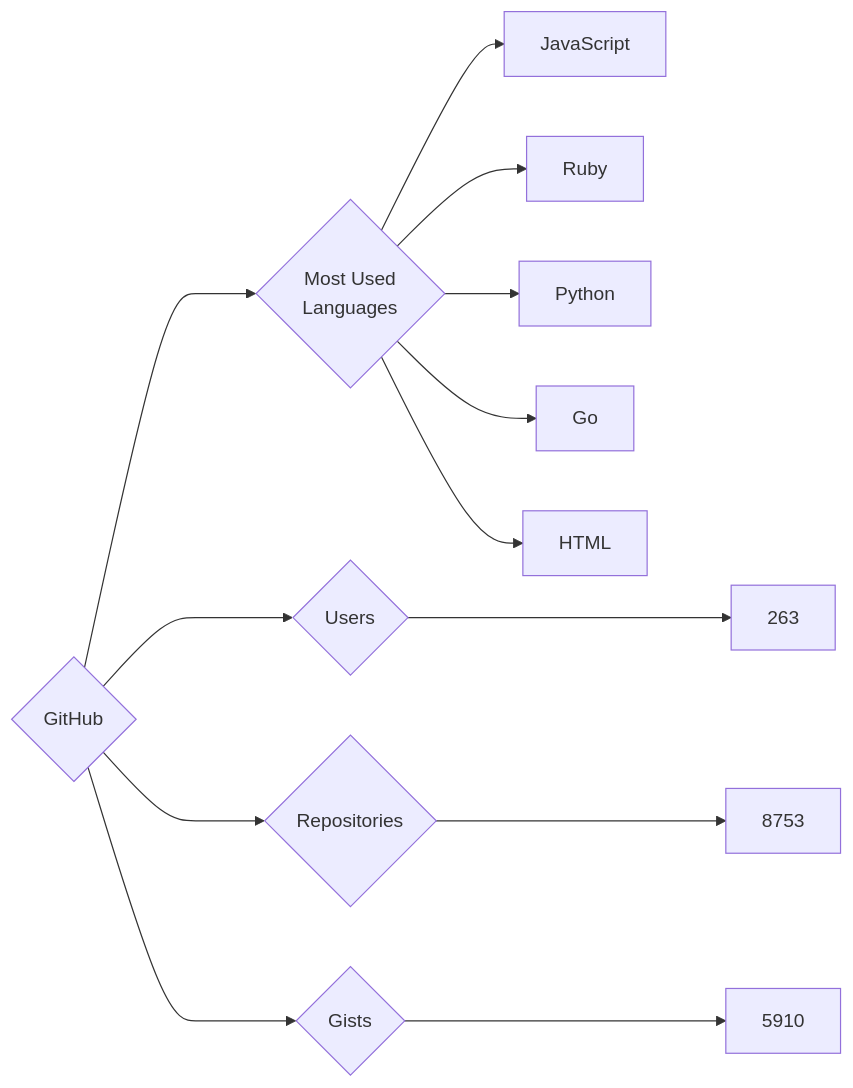
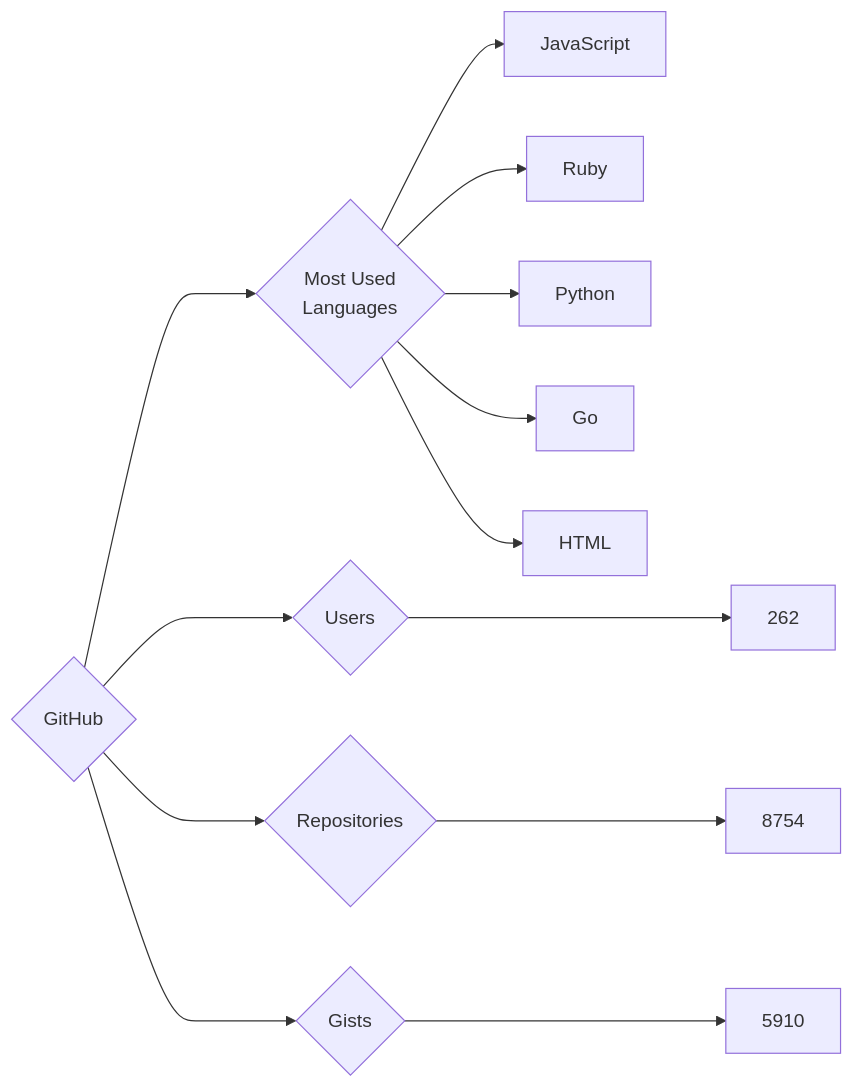
One commit to trickest/insiders changed the diagram in targets/GitHub/README.md. Above: the diagram before and after it, drawn with Mermaid. The commit also changed 772 other files, not shown here.

````diff
--- a/targets/GitHub/README.md
+++ b/targets/GitHub/README.md
@@ -3,13 +3,13 @@
 ```mermaid
 graph LR
 COMPANY_NAME{GitHub}
-COMPANY_NAME ---> U{Users} ---> UN[263]
-COMPANY_NAME ---> R{Repositories} ---> RN[8753]
+COMPANY_NAME ---> U{Users} ---> UN[262]
+COMPANY_NAME ---> R{Repositories} ---> RN[8754]
 COMPANY_NAME ---> G{Gists} ---> GN[5910]
 COMPANY_NAME ---> ML{Most Used<br>Languages}
 ML --> JavaScript[JavaScript]
 ML --> Ruby[Ruby]
 ML --> Python[Python]
 ML --> Go[Go]
 ML --> HTML[HTML]
 ```
````
